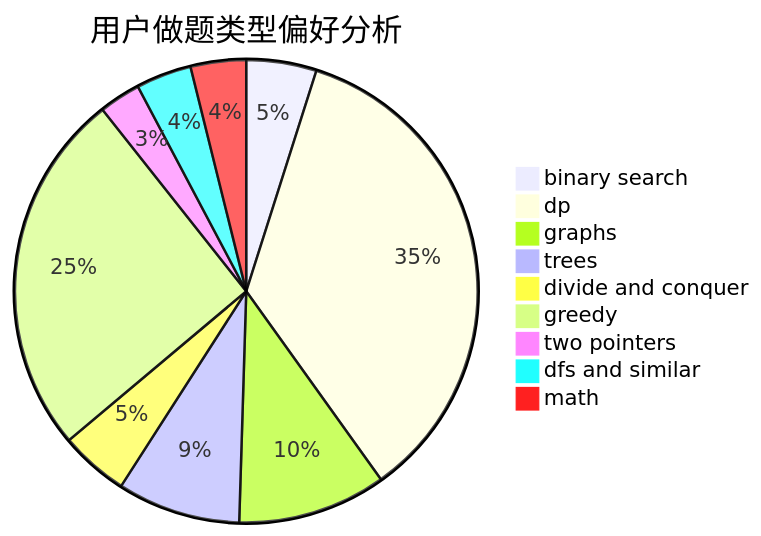
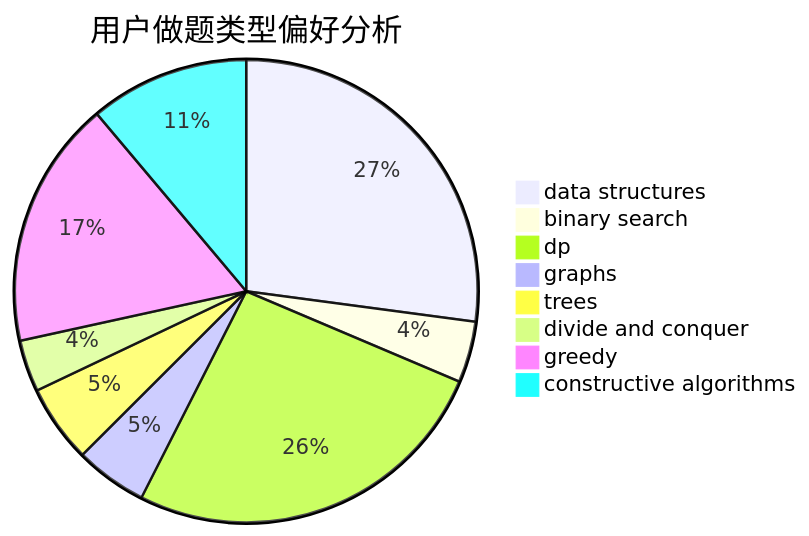
Before and after one commit to sherpahu/cfrs.github.io: the second of 3 diagrams in docs/user/u329.md, drawn with Mermaid. The commit also changed other lines of this file and 2775 other files, not shown here.

````diff
--- a/docs/user/u329.md
+++ b/docs/user/u329.md
@@ -23,12 +23,11 @@
 ```mermaid
 pie title 用户做题类型偏好分析
-    "binary search" :  86
-    "dp" :  618
-    "graphs" :  182
-    "trees" :  151
-    "divide and conquer" :  84
-    "greedy" :  447
-    "two pointers" :  51
-    "dfs and similar" :  68
-    "math" :  68
+    "data structures" :  533
+    "binary search" :  84
+    "dp" :  513
+    "graphs" :  99
+    "trees" :  107
+    "divide and conquer" :  71
+    "greedy" :  340
+    "constructive algorithms" :  219
 ```
````
